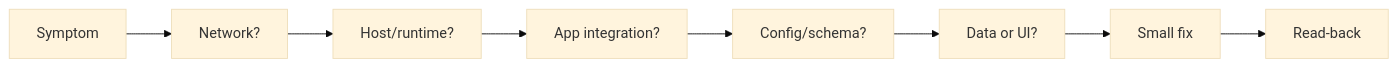
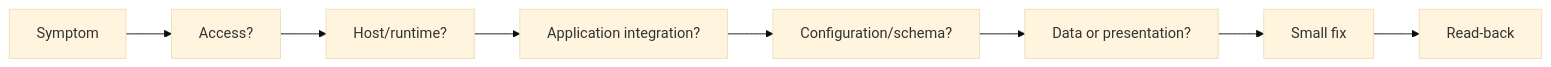
The second of 3 diagrams in docs/field-synthesis.md (jremick/codexmaxxing), drawn with Mermaid (base theme) before and after one commit. The commit also changed other lines of this file and 39 other files, not shown here.

````diff
--- a/docs/field-synthesis.md
+++ b/docs/field-synthesis.md
@@ -27,10 +27,10 @@
 ```mermaid
 flowchart LR
-  A["Symptom"] --> B["Network?"]
+  A["Symptom"] --> B["Access?"]
   B --> C["Host/runtime?"]
-  C --> D["App integration?"]
-  D --> E["Config/schema?"]
-  E --> F["Data or UI?"]
+  C --> D["Application integration?"]
+  D --> E["Configuration/schema?"]
+  E --> F["Data or presentation?"]
   F --> G["Small fix"]
   G --> H["Read-back"]
 ```
````
